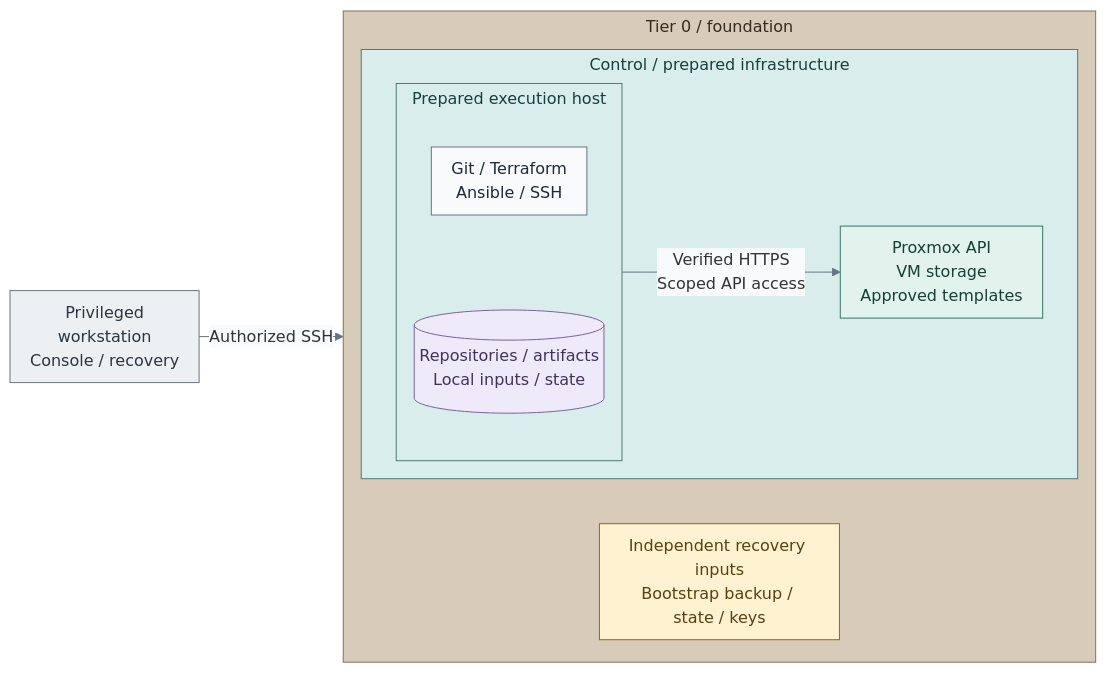
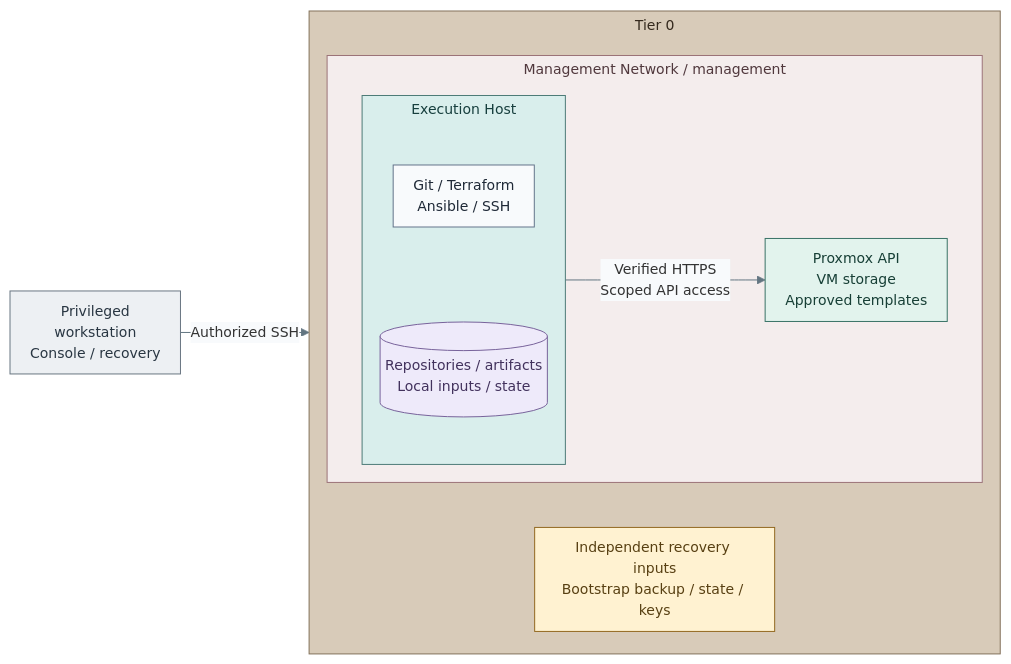
Before and after one commit to Rexus/homelab: the diagram in docs/03-deployment/foundation/README.md, drawn with Mermaid. The commit also changed other lines of this file and 124 other files, not shown here.

First line of the commit message:
fix(platform): align service diagrams and directory failover

````diff
--- a/docs/03-deployment/foundation/README.md
+++ b/docs/03-deployment/foundation/README.md
@@ -9,35 +9,38 @@
 ```mermaid
-%%{init: {"theme":"base","flowchart":{"nodeSpacing":16,"rankSpacing":20,"padding":10,"subGraphTitleMargin":{"top":4,"bottom":12}},"themeVariables":{"lineColor":"#627581","edgeLabelBackground":"#f8fafc"}}}%%
+%%{init: {"theme":"base","flowchart":{"nodeSpacing":16,"rankSpacing":20,"padding":10,"subGraphTitleMargin":{"top":4,"bottom":18}},"themeVariables":{"lineColor":"#627581","edgeLabelBackground":"#f8fafc","fontFamily":"Arial, sans-serif","fontSize":"14px"},"fontFamily":"Arial, sans-serif"}}%%
 flowchart LR
   Admin["Privileged<br/>workstation<br/>Console / recovery"]
-  subgraph T0["Tier 0 / foundation"]
+  subgraph T0["Tier 0"]
     direction TB
-    subgraph Connected["Control / prepared infrastructure"]
+    subgraph Connected["Management Network / management"]
       direction LR
-      subgraph Execute["Prepared execution host"]
+      subgraph Execute["Execution Host"]
         direction TB
         Tools["Git / Terraform<br/>Ansible / SSH"]
         Workspace[("Repositories / artifacts<br/>Local inputs / state")]
         Tools ~~~ Workspace
       end
       Hosts["Proxmox API<br/>VM storage<br/>Approved templates"]
-      Execute -->|Verified HTTPS<br/>Scoped API access| Hosts
+      Tools -->|Verified HTTPS<br/>Scoped API access| Hosts
     end
     Recovery["Independent recovery inputs<br/>Bootstrap backup / state / keys"]
     Connected ~~~ Recovery
   end
-  Admin -->|Authorized SSH| T0
+  Admin -->|Authorized SSH| Tools
   classDef default fill:#f8fafc,stroke:#64748b,color:#1f2937
   classDef control fill:#e2f3ed,stroke:#397366,color:#173f36
   classDef runtime fill:#d9eeec,stroke:#4d7b77,color:#173f3e
   classDef actor fill:#edf0f3,stroke:#697682,color:#293642
   classDef data fill:#eeeafa,stroke:#78639b,color:#42325d
   classDef custody fill:#fff2d1,stroke:#926820,color:#584013
   class Hosts control
-  class Connected,Execute runtime
+  class Execute runtime
+  classDef zoneControl fill:#c9e0d5,stroke:#397366,color:#173f36
   class Admin actor
   class Workspace data
   class Recovery custody
   classDef tier0 fill:#d8cbb9,stroke:#83715a,color:#352a1e
   class T0 tier0
+  classDef network fill:#f4eded,stroke:#9b7378,color:#50383d
+  class Connected network
 ```
````
